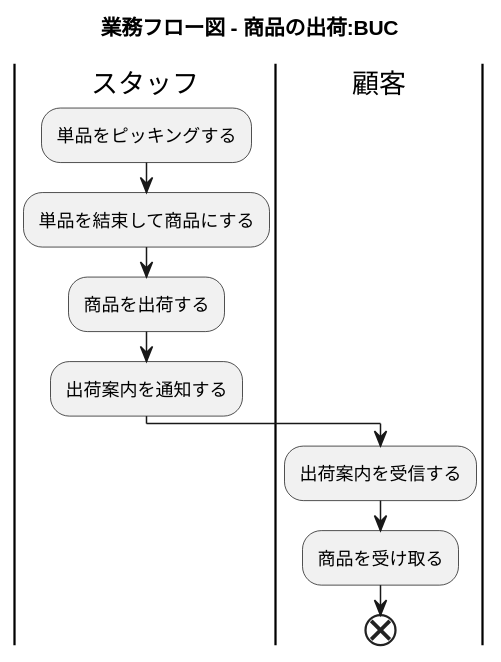
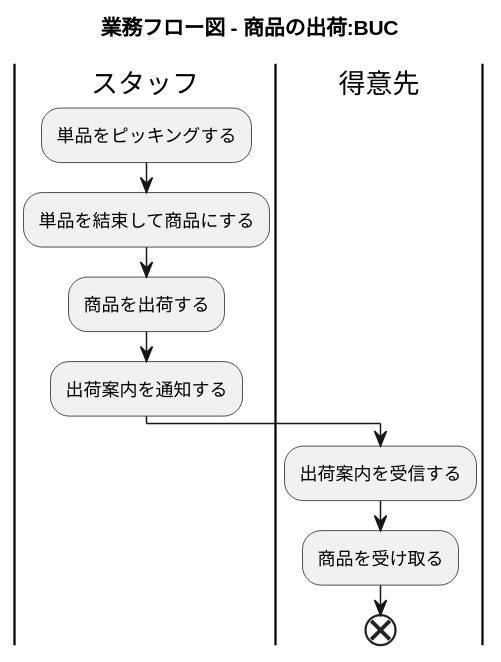
One commit to k2works/application_programing_excercise_2022 changed diagram 14 of 28 in docs/index.adoc. Above: the diagram before and after it, drawn with PlantUML. The commit also changed other lines of this file, not shown here.

```diff
--- a/docs/index.adoc
+++ b/docs/index.adoc
@@ -488,20 +490,20 @@
 [plantuml]
 ----
 @startuml
 
 title 業務フロー図 - 商品の出荷:BUC
 
 |スタッフ|
 :単品をピッキングする;
 :単品を結束して商品にする;
 :商品を出荷する;
 :出荷案内を通知する;
 
-|顧客|
+|得意先|
 :出荷案内を受信する;
 :商品を受け取る;
 
 end
 
 @enduml
 ----
```
